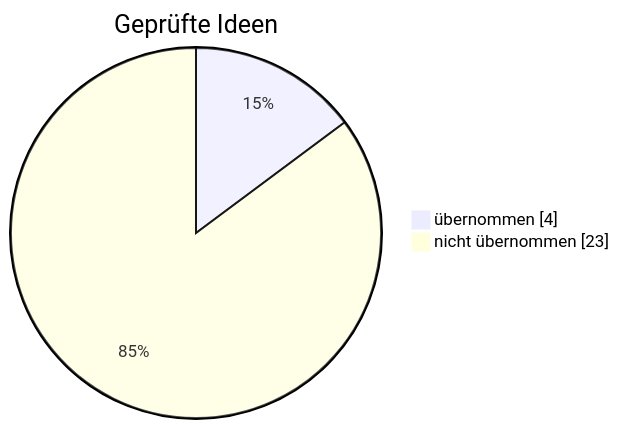
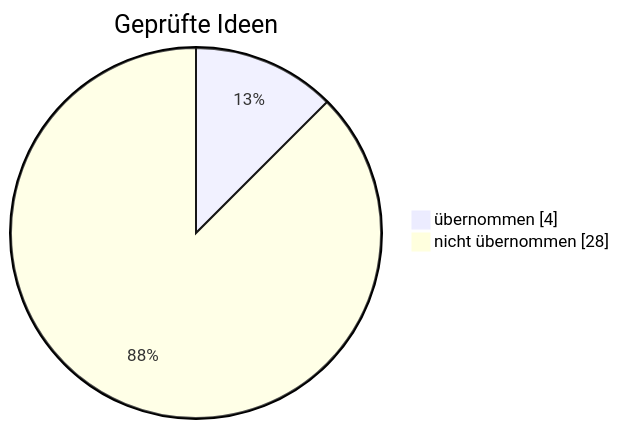
The diagram in gehirn/Notizen/Was der Bot schon weiß.md (sickingmalte-arch/Test-Bot), drawn with Mermaid before and after one commit. The commit also changed other lines of this file and 3 other files, not shown here.

````diff
--- a/gehirn/Notizen/Was der Bot schon weiß.md
+++ b/gehirn/Notizen/Was der Bot schon weiß.md
@@ -19,6 +19,6 @@
 ```mermaid
 pie showData
     title Geprüfte Ideen
     "übernommen" : 4
-    "nicht übernommen" : 23
+    "nicht übernommen" : 28
 ```
````
